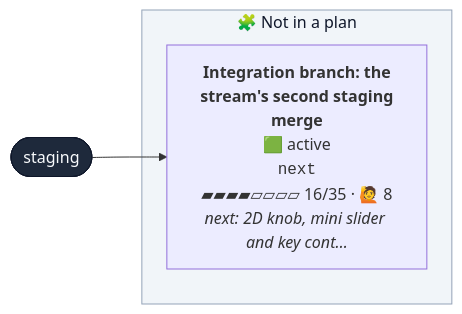
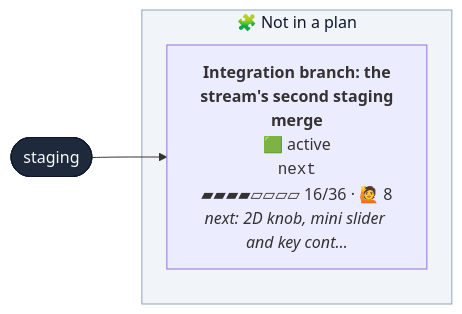
One commit to henryjonescodes/portfolio changed the first of 2 diagrams in CONTRIBUTING.md. Above: the diagram before and after it, drawn with Mermaid. The commit also changed other lines of this file, not shown here.

````diff
--- a/CONTRIBUTING.md
+++ b/CONTRIBUTING.md
@@ -16,18 +16,18 @@
 ```mermaid
 flowchart LR
   n_staging([staging])
   class n_staging trunk
   subgraph loose["🧩 Not in a plan"]
-    n_next["<b>Integration branch: the<br/>stream's second staging<br/>merge</b><br/>🟩 active<br/><code>next</code><br/>▰▰▰▰▱▱▱▱ 16/35 · 🙋 8<br/><i>next: 2D knob, mini slider and key cont…</i>"]
+    n_next["<b>Integration branch: the<br/>stream's second staging<br/>merge</b><br/>🟩 active<br/><code>next</code><br/>▰▰▰▰▱▱▱▱ 16/36 · 🙋 8<br/><i>next: 2D knob, mini slider and key cont…</i>"]
     class n_next active,current
   end
   style loose fill:#f1f5f9,stroke:#94a3b8,color:#0f172a
   n_staging --> n_next
   classDef planned fill:#c7d2fe,stroke:#4f46e5,color:#1e1b4b
   classDef sketched fill:#f8fafc,stroke:#64748b,stroke-dasharray:4 3,color:#334155
   classDef active fill:#bbf7d0,stroke:#16a34a,stroke-width:3px,color:#052e16
   classDef review fill:#fde68a,stroke:#d97706,stroke-width:3px,color:#451a03
   classDef blocked fill:#fecaca,stroke:#dc2626,stroke-width:3px,color:#450a0a
   classDef trunk fill:#1e293b,stroke:#0f172a,color:#f8fafc
   classDef current stroke:#0ea5e9,stroke-width:5px
 ```
````
